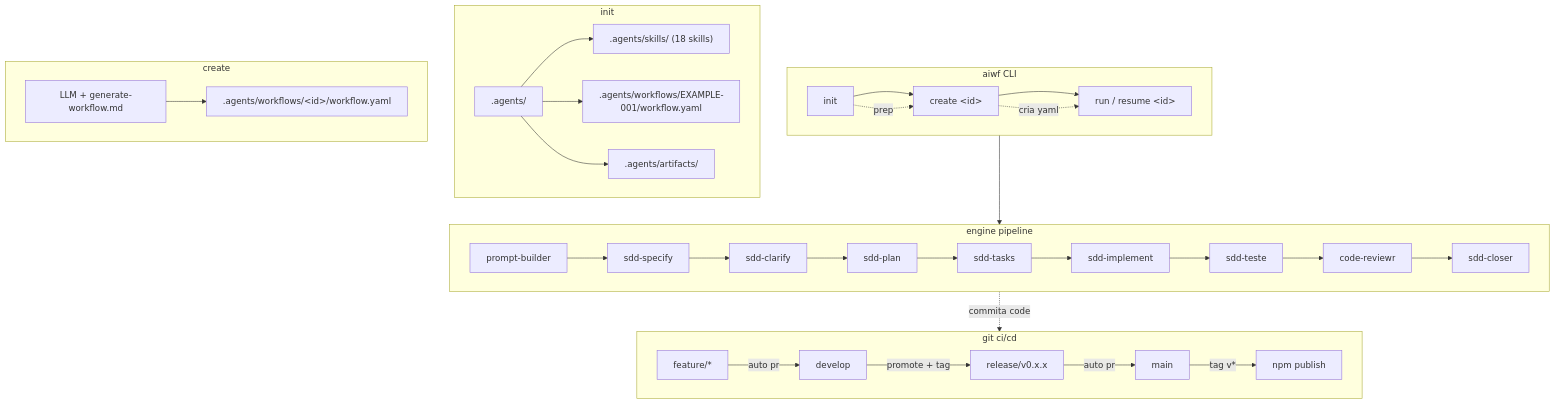
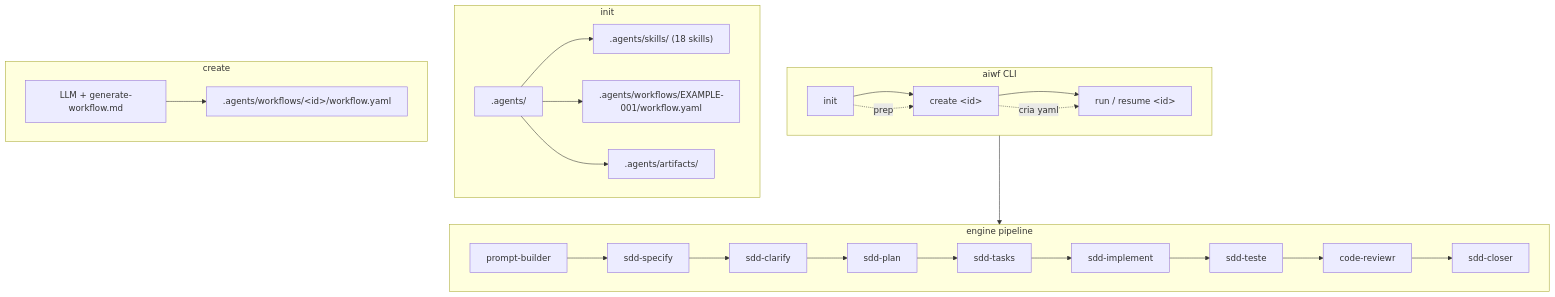
Before and after one commit to DeysiLopes/aiwf: the diagram in aiwf-fluxo.mmd, drawn with Mermaid.

Commit message:
chore: remove git ci/cd from aiwf mmd

```diff
--- a/aiwf-fluxo.mmd
+++ b/aiwf-fluxo.mmd
@@ -1,52 +1,39 @@
 flowchart TD
   subgraph CLI["aiwf CLI"]
     direction LR
     init["init"] --> create["create &lt;id&gt;"]
     create --> run["run / resume &lt;id&gt;"]
   end
 
   subgraph INIT["init"]
     AGENTS[".agents/"]
     SKILLS[".agents/skills/ (18 skills)"]
     EXAMPLE[".agents/workflows/EXAMPLE-001/workflow.yaml"]
     ARTIFACTS[".agents/artifacts/"]
     AGENTS --> SKILLS
     AGENTS --> EXAMPLE
     AGENTS --> ARTIFACTS
   end
 
   subgraph CREATE["create"]
     LLM_CMD["LLM + generate-workflow.md"]
     GENERATED[".agents/workflows/&lt;id&gt;/workflow.yaml"]
     LLM_CMD --> GENERATED
   end
 
   subgraph ENGINE["engine pipeline"]
     PB["prompt-builder"]
     SP["sdd-specify"]
     CL["sdd-clarify"]
     PL["sdd-plan"]
     TK["sdd-tasks"]
     IM["sdd-implement"]
     TE["sdd-teste"]
     CR["code-reviewr"]
     CLO["sdd-closer"]
     PB --> SP --> CL --> PL --> TK --> IM --> TE --> CR --> CLO
   end
 
-  subgraph GIT["git ci/cd"]
-    F["feature/*"]
-    DEV["develop"]
-    REL["release/v0.x.x"]
-    MAIN["main"]
-    NPM["npm publish"]
-    F -->|auto pr| DEV
-    DEV -->|promote + tag| REL
-    REL -->|auto pr| MAIN
-    MAIN -->|tag v*| NPM
-  end
-
   init -.->|prep| create
   create -.->|cria yaml| run
   run --> ENGINE
-  ENGINE -.->|commita code| GIT
```
